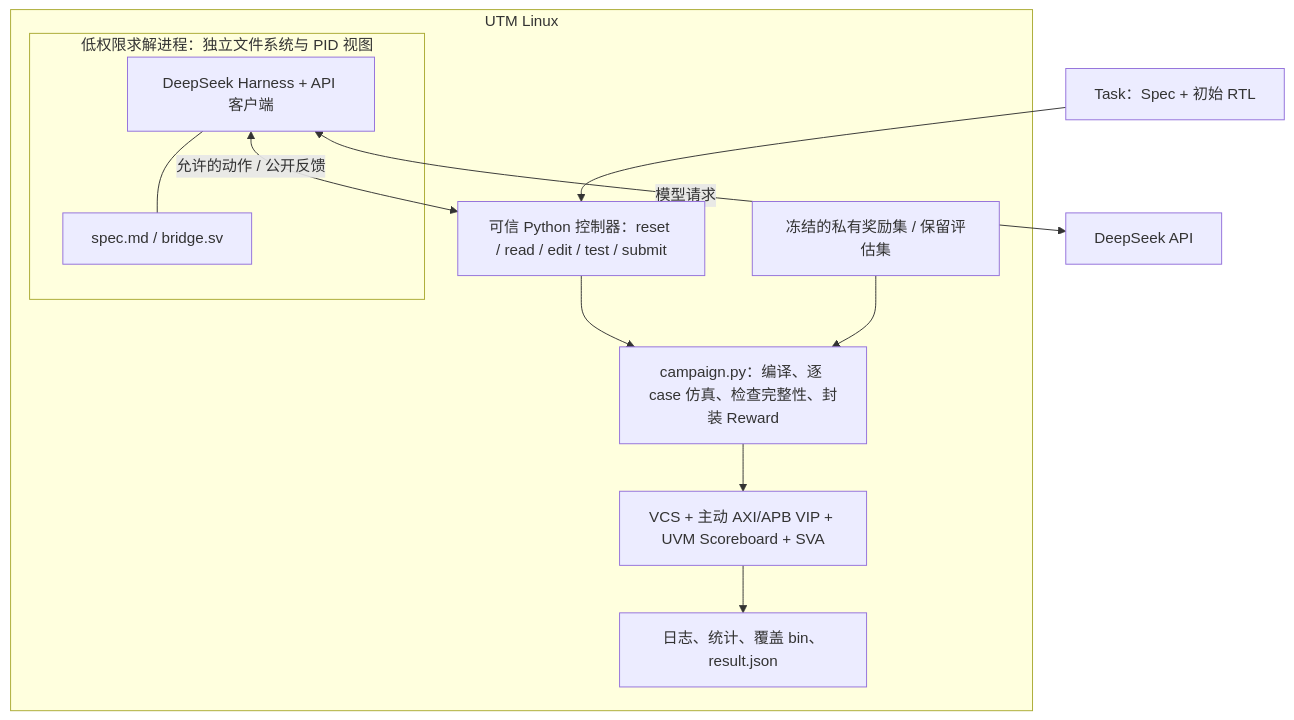
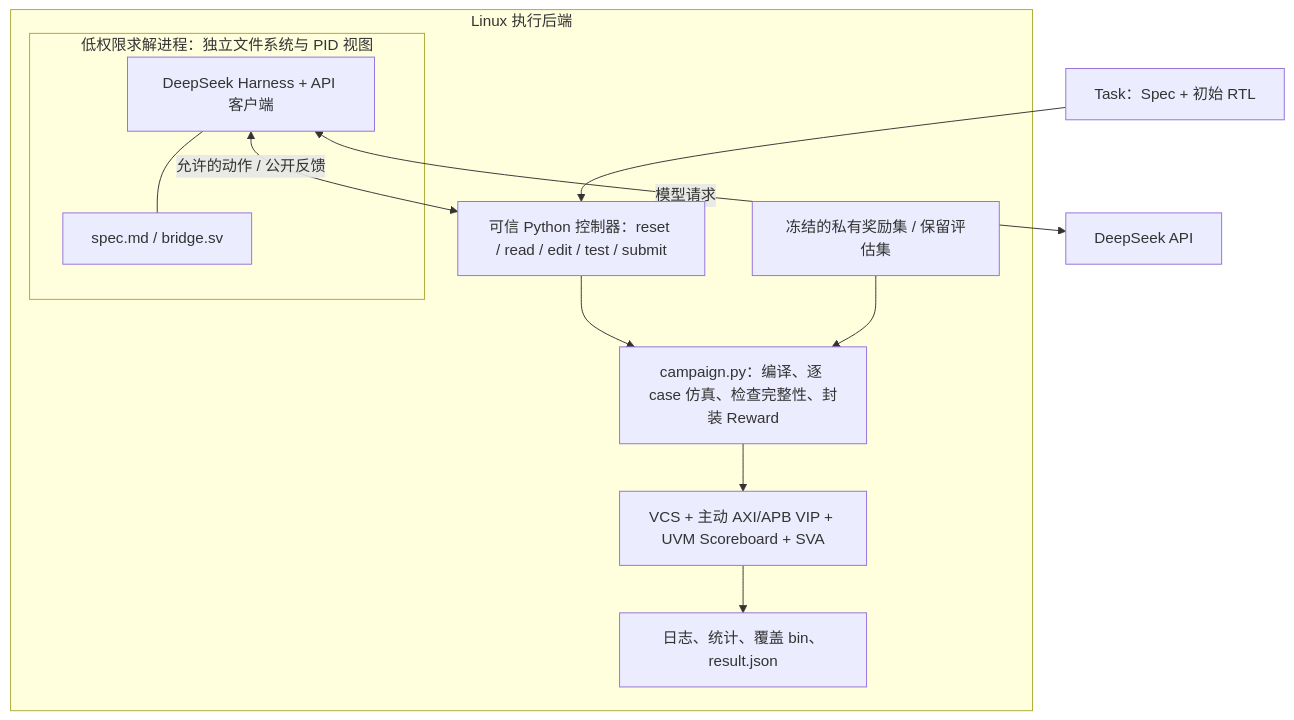
The first of 2 diagrams in docs/architecture.md (5Mcv4He/ProtocolBridge-RL), drawn with Mermaid before and after one commit. The commit also changed other lines of this file and 25 other files, not shown here.

````diff
--- a/docs/architecture.md
+++ b/docs/architecture.md
@@ -9,18 +27,18 @@
 ```mermaid
 flowchart TB
     Task["Task：Spec + 初始 RTL"] --> Controller
-    subgraph UTM["UTM Linux"]
+    subgraph UTM["Linux 执行后端"]
       subgraph Solver["低权限求解进程：独立文件系统与 PID 视图"]
         DSH["DeepSeek Harness + API 客户端"]
         Work["spec.md / bridge.sv"]
         DSH --- Work
       end
       Controller["可信 Python 控制器：reset / read / edit / test / submit"]
       DSH <-->|"允许的动作 / 公开反馈"| Controller
       Controller --> Grade["campaign.py：编译、逐 case 仿真、检查完整性、封装 Reward"]
       Private["冻结的私有奖励集 / 保留评估集"] --> Grade
       Grade --> VCS["VCS + 主动 AXI/APB VIP + UVM Scoreboard + SVA"]
       VCS --> Evidence["日志、统计、覆盖 bin、result.json"]
     end
     DSH <-->|"模型请求"| API["DeepSeek API"]
 ```
````
